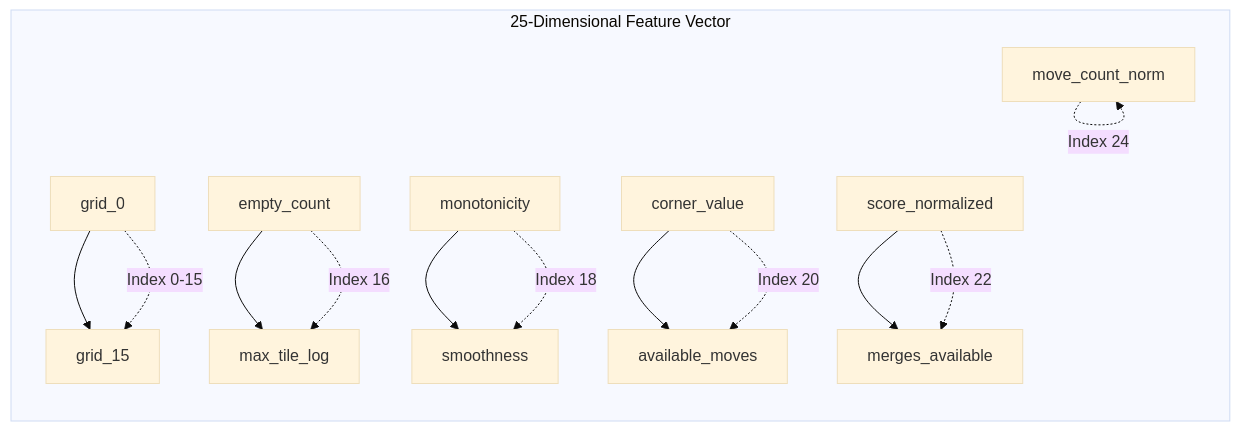
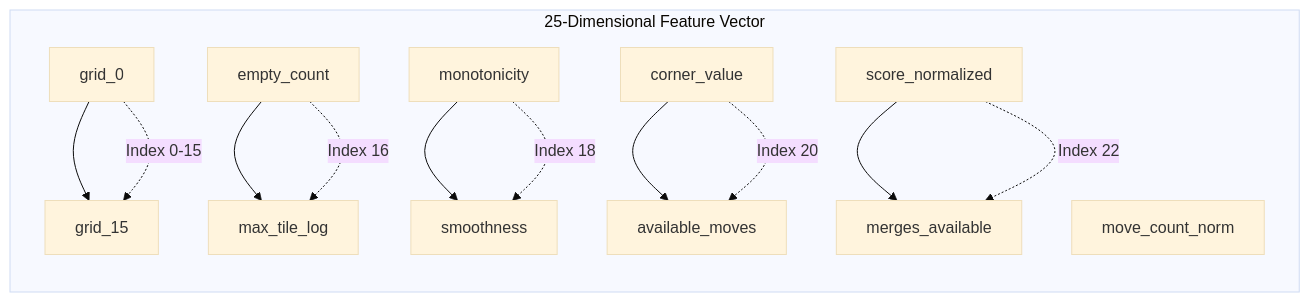
One commit to Evintkoo/2048-ml changed the diagram in plan/03-State/02-Score/02-score-as-feature.md. Above: the diagram before and after it, drawn with Mermaid (base theme). The commit also changed 22 other files, not shown here.

First line of the commit message:
Fix broken mermaid diagrams

````diff
--- a/plan/03-State/02-Score/02-score-as-feature.md
+++ b/plan/03-State/02-Score/02-score-as-feature.md
@@ -33,18 +33,18 @@
 ```mermaid
 flowchart LR
     subgraph FeatureVector["25-Dimensional Feature Vector"]
         F0["grid_0"] --> F15["grid_15"]
         F16["empty_count"] --> F17["max_tile_log"]
         F18["monotonicity"] --> F19["smoothness"]
         F20["corner_value"] --> F21["available_moves"]
         F22["score_normalized"] --> F23["merges_available"]
         F24["move_count_norm"]
     end
 
     F0 -.->|Index 0-15| F15
     F16 -.->|Index 16| F17
     F18 -.->|Index 18| F19
     F20 -.->|Index 20| F21
     F22 -.->|Index 22| F23
-    F24 -.->|Index 24| F24
+    
 ```
````
